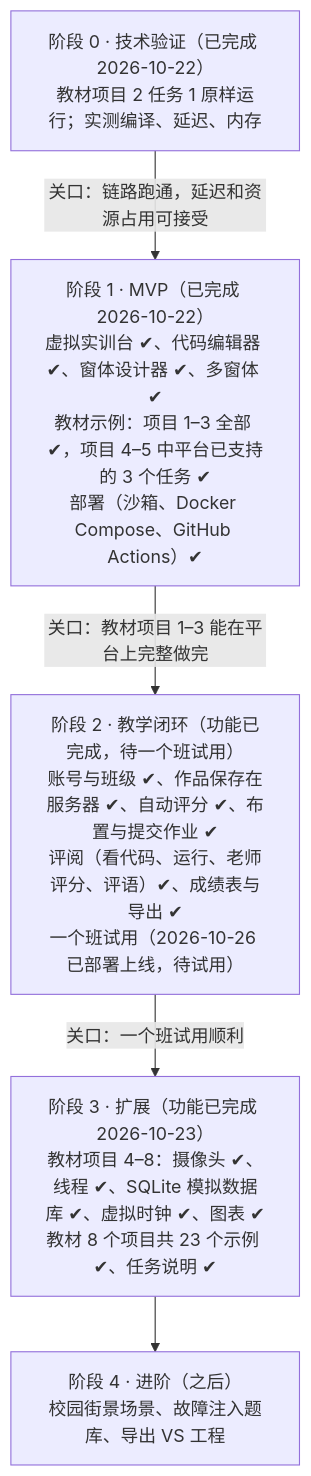
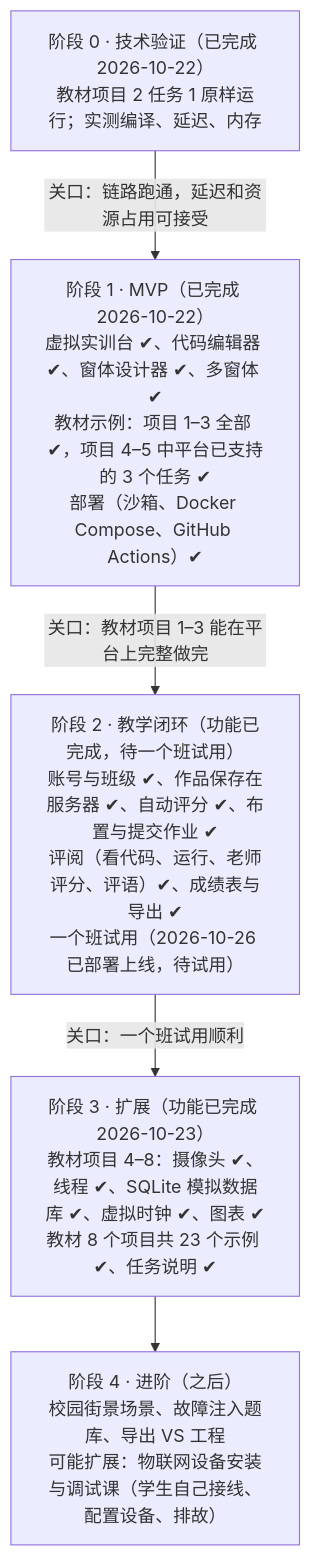
One commit to yuetsh/IOT_SIM changed the second of 2 diagrams in docs/设计方案.md. Above: the diagram before and after it, drawn with Mermaid. The commit also changed other lines of this file and 34 other files, not shown here.

````diff
--- a/docs/设计方案.md
+++ b/docs/设计方案.md
@@ -235,12 +239,12 @@
 ```mermaid
 flowchart TB
   P0["阶段 0 · 技术验证（已完成 2026-10-22）<br/>教材项目 2 任务 1 原样运行；实测编译、延迟、内存"]
   P1["阶段 1 · MVP（已完成 2026-10-22）<br/>虚拟实训台 ✔、代码编辑器 ✔、窗体设计器 ✔、多窗体 ✔<br/>教材示例：项目 1–3 全部 ✔，项目 4–5 中平台已支持的 3 个任务 ✔<br/>部署（沙箱、Docker Compose、GitHub Actions）✔"]
   P2["阶段 2 · 教学闭环（功能已完成，待一个班试用）<br/>账号与班级 ✔、作品保存在服务器 ✔、自动评分 ✔、布置与提交作业 ✔<br/>评阅（看代码、运行、老师评分、评语）✔、成绩表与导出 ✔<br/>一个班试用（2026-10-26 已部署上线，待试用）"]
   P3["阶段 3 · 扩展（功能已完成 2026-10-23）<br/>教材项目 4–8：摄像头 ✔、线程 ✔、SQLite 模拟数据库 ✔、虚拟时钟 ✔、图表 ✔<br/>教材 8 个项目共 23 个示例 ✔、任务说明 ✔"]
-  P4["阶段 4 · 进阶（之后）<br/>校园街景场景、故障注入题库、导出 VS 工程"]
+  P4["阶段 4 · 进阶（之后）<br/>校园街景场景、故障注入题库、导出 VS 工程<br/>可能扩展：物联网设备安装与调试课（学生自己接线、配置设备、排故）"]
   P0 -->|"关口：链路跑通，延迟和资源占用可接受"| P1
   P1 -->|"关口：教材项目 1–3 能在平台上完整做完"| P2
   P2 -->|"关口：一个班试用顺利"| P3
   P3 --> P4
 ```
````
